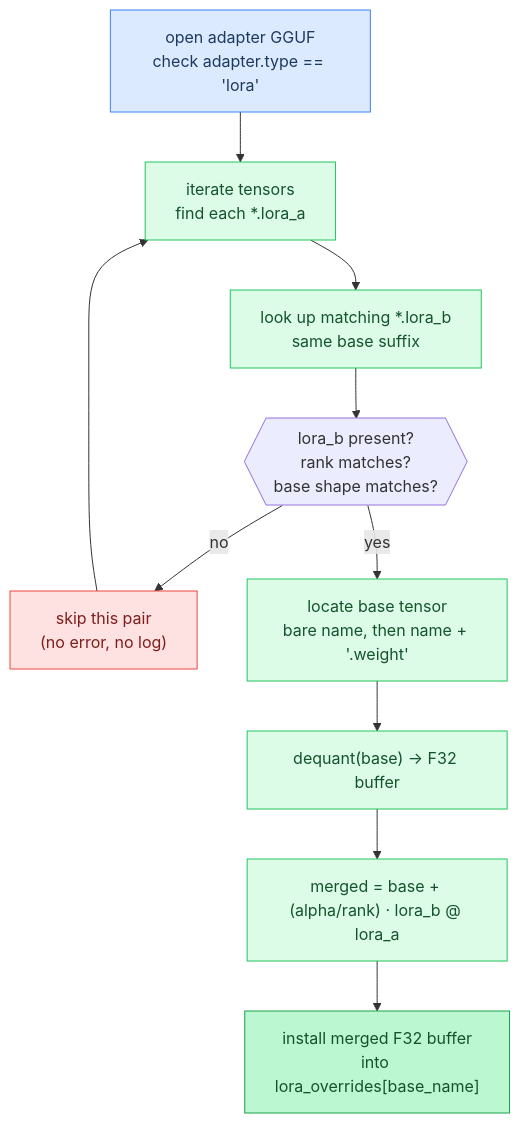
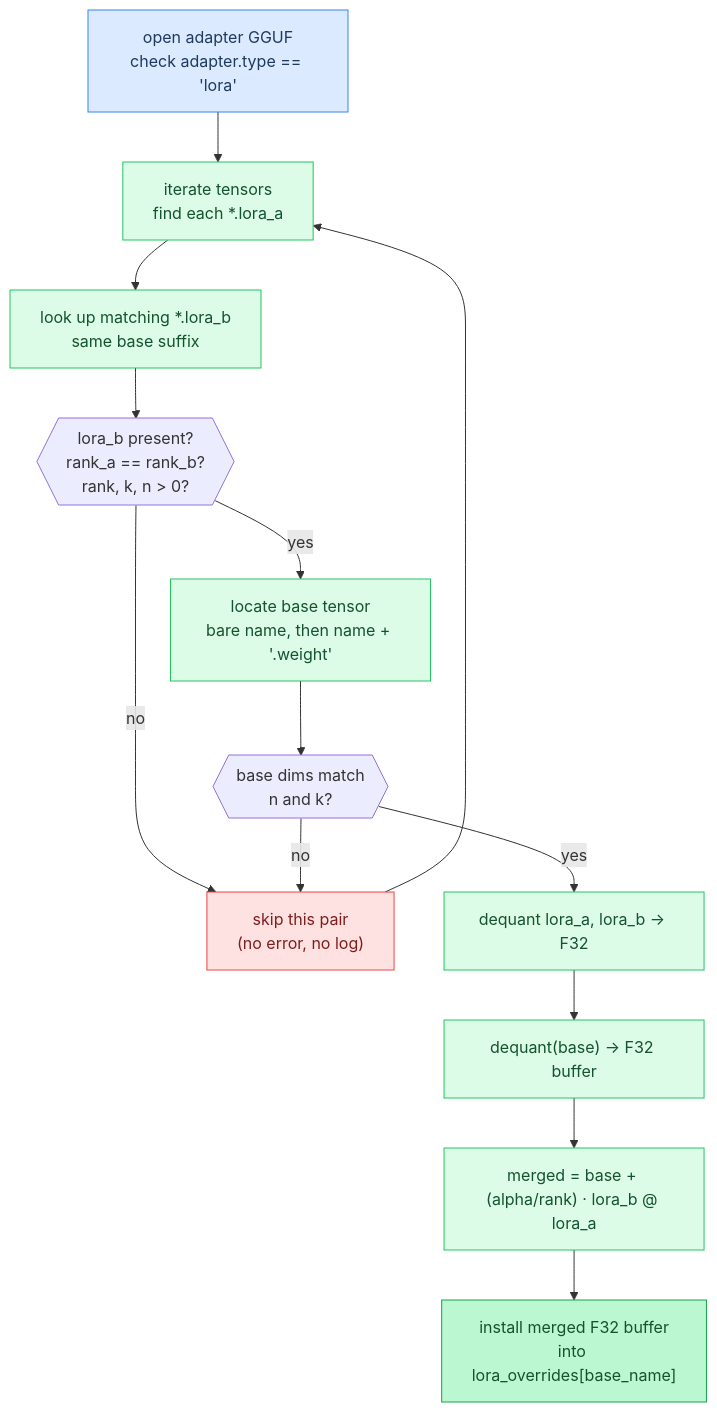
Before and after one commit to maci0/agave: the diagram in docs/tutorial/21-lora.md, drawn with Mermaid. The commit also changed other lines of this file, not shown here.

Commit message:
docs: fix lora mermaid ordering and gotcha wording
reorder code flow to match src/lora.zig: locate base tensor before the
shape check, split out the rank check that runs before it, and note
lora_a/lora_b get dequantized too. reword the adapter-type gotcha and
fix a comma splice.

````diff
--- a/docs/tutorial/21-lora.md
+++ b/docs/tutorial/21-lora.md
@@ -41,22 +41,26 @@
 ```mermaid
 flowchart TD
   classDef setup fill:#dbeafe,stroke:#3b82f6,color:#1e3a5f
   classDef sync fill:#dcfce7,stroke:#22c55e,color:#14532d
   classDef danger fill:#fee2e2,stroke:#ef4444,color:#7f1d1d
   classDef success fill:#bbf7d0,stroke:#16a34a,color:#14532d
 
   Open["open adapter GGUF\ncheck adapter.type == 'lora'"]:::setup
   FindA["iterate tensors\nfind each *.lora_a"]:::sync
   PairB["look up matching *.lora_b\nsame base suffix"]:::sync
-  Check{{"lora_b present?\nrank matches?\nbase shape matches?"}}
+  RankCheck{{"lora_b present?\nrank_a == rank_b?\nrank, k, n > 0?"}}
   Skip["skip this pair\n(no error, no log)"]:::danger
   Locate["locate base tensor\nbare name, then name + '.weight'"]:::sync
+  ShapeCheck{{"base dims match\nn and k?"}}
+  DequantAB["dequant lora_a, lora_b → F32"]:::sync
   Dequant["dequant(base) → F32 buffer"]:::sync
   Merge["merged = base + (alpha/rank) · lora_b @ lora_a"]:::sync
   Install["install merged F32 buffer\ninto lora_overrides[base_name]"]:::success
 
-  Open --> FindA --> PairB --> Check
-  Check -->|"no"| Skip
-  Check -->|"yes"| Locate --> Dequant --> Merge --> Install
+  Open --> FindA --> PairB --> RankCheck
+  RankCheck -->|"no"| Skip
+  RankCheck -->|"yes"| Locate --> ShapeCheck
+  ShapeCheck -->|"no"| Skip
+  ShapeCheck -->|"yes"| DequantAB --> Dequant --> Merge --> Install
   Skip --> FindA
 ```
````
